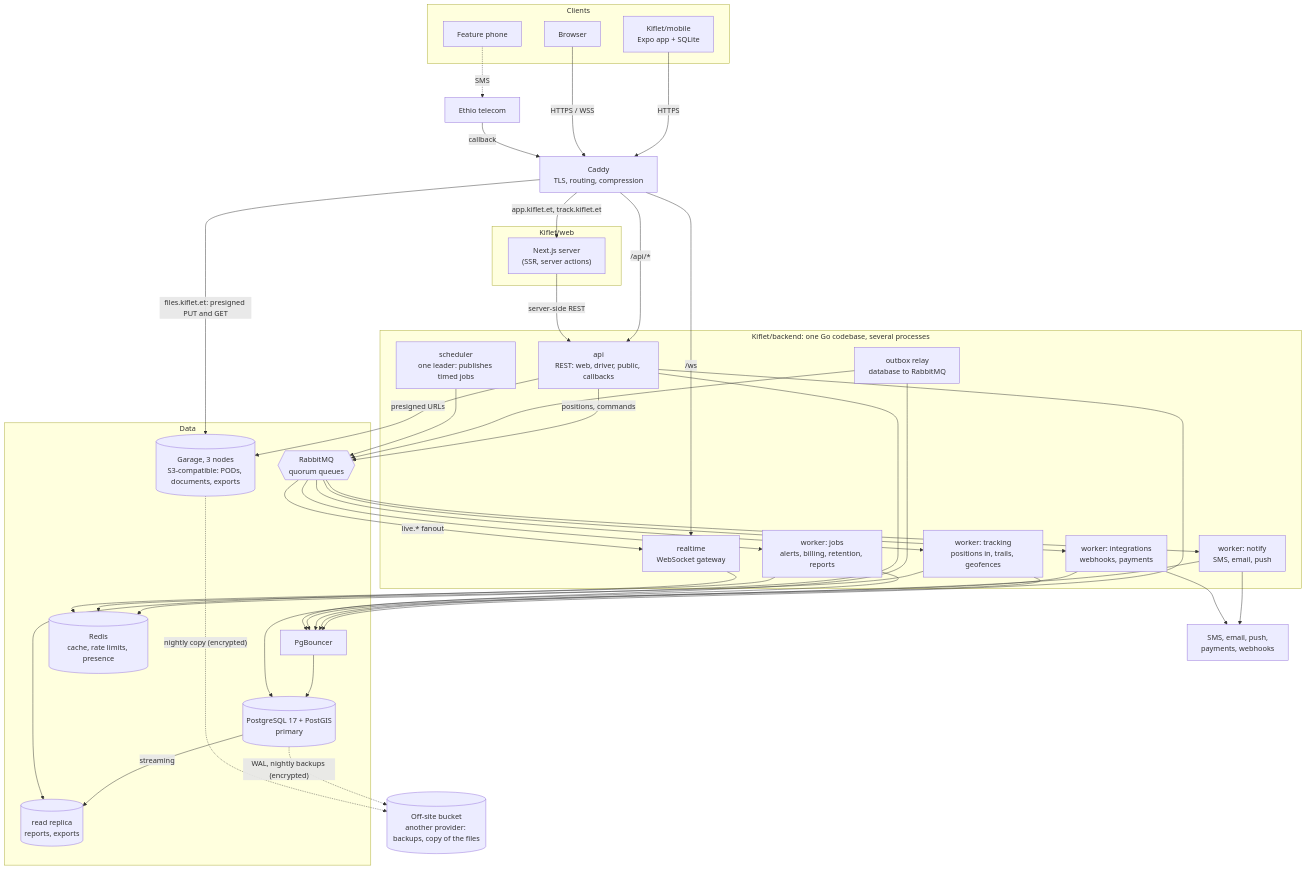
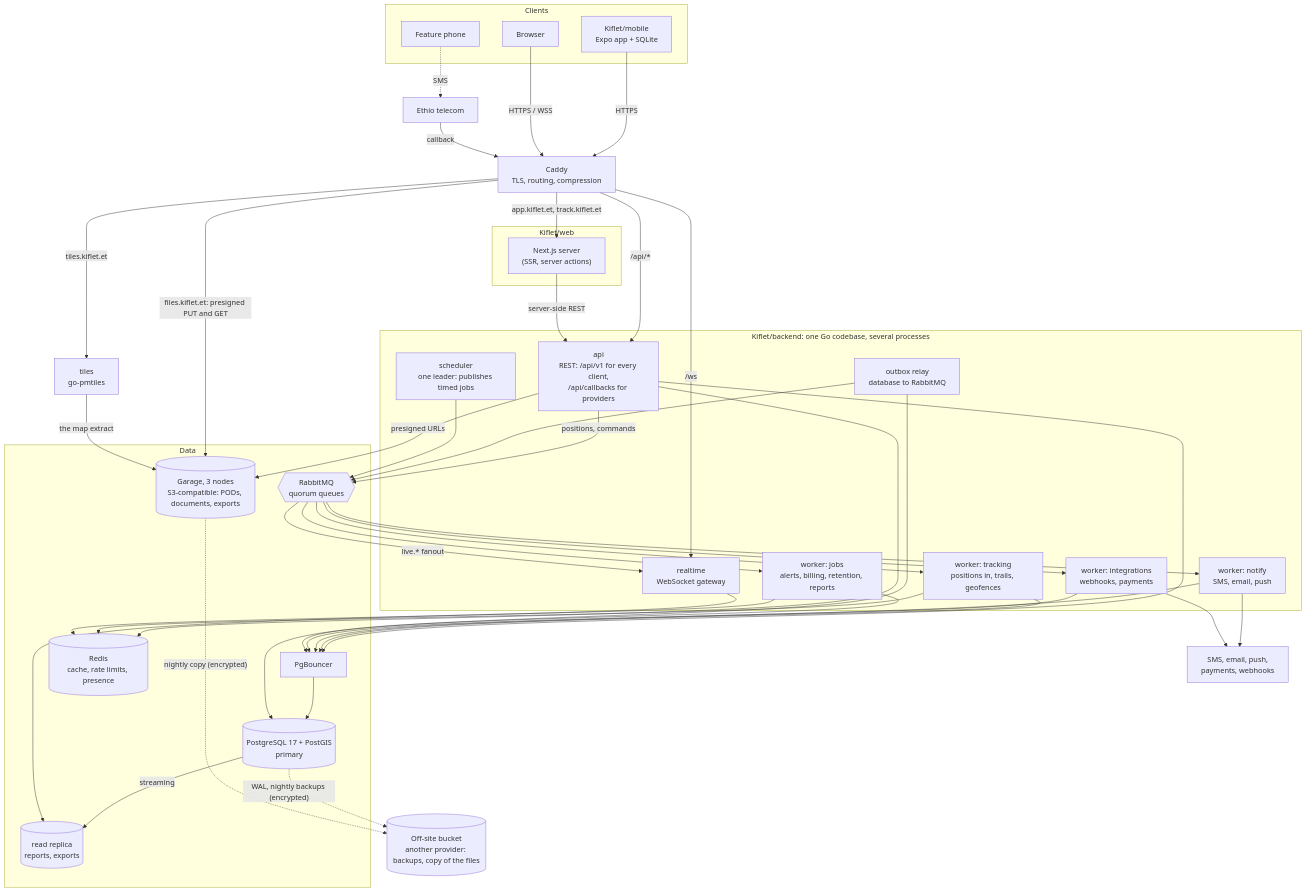
Before and after one commit to Kiflet/backend: the second of 11 diagrams in docs/architecture.md, drawn with Mermaid. The commit also changed other lines of this file and 19 other files, not shown here.

````diff
--- a/docs/architecture.md
+++ b/docs/architecture.md
@@ -116,65 +119,67 @@
 ```mermaid
 flowchart TB
   subgraph Clients
     MOB["Kiflet/mobile<br/>Expo app + SQLite"]
     BRW["Browser"]
     FP["Feature phone"]
   end
 
   EDGE["Caddy<br/>TLS, routing, compression"]
 
   subgraph WebTier["Kiflet/web"]
     NX["Next.js server<br/>(SSR, server actions)"]
   end
 
   subgraph Backend["Kiflet/backend: one Go codebase, several processes"]
-    API["api<br/>REST: web, driver, public, callbacks"]
+    API["api<br/>REST: /api/v1 for every client,<br/>/api/callbacks for providers"]
     RT["realtime<br/>WebSocket gateway"]
     WK1["worker: tracking<br/>positions in, trails, geofences"]
     WK2["worker: notify<br/>SMS, email, push"]
     WK3["worker: integrations<br/>webhooks, payments"]
     WK4["worker: jobs<br/>alerts, billing, retention, reports"]
     SCH["scheduler<br/>one leader: publishes timed jobs"]
     REL["outbox relay<br/>database to RabbitMQ"]
   end
 
   subgraph Data
     PGB["PgBouncer"]
     PG[("PostgreSQL 17 + PostGIS<br/>primary")]
     PGR[("read replica<br/>reports, exports")]
     RMQ{{"RabbitMQ<br/>quorum queues"}}
     RDS[("Redis<br/>cache, rate limits, presence")]
     S3[("Garage, 3 nodes<br/>S3-compatible: PODs, documents, exports")]
   end
 
   OFF[("Off-site bucket<br/>another provider: backups, copy of the files")]
 
   MOB -- HTTPS --> EDGE
   BRW -- HTTPS / WSS --> EDGE
   FP -. SMS .-> ETG["Ethio telecom"] -- callback --> EDGE
 
   EDGE -- "app.kiflet.et, track.kiflet.et" --> NX
   EDGE -- "/api/*" --> API
   EDGE -- "/ws" --> RT
   EDGE -- "files.kiflet.et: presigned PUT and GET" --> S3
+  EDGE -- "tiles.kiflet.et" --> TIL["tiles<br/>go-pmtiles"]
+  TIL -- "the map extract" --> S3
   NX -- "server-side REST" --> API
 
   API --> PGB --> PG
   API --> RDS
   API -- "positions, commands" --> RMQ
   API -- "presigned URLs" --> S3
   PG -- "streaming" --> PGR
   PG -. "WAL, nightly backups (encrypted)" .-> OFF
   S3 -. "nightly copy (encrypted)" .-> OFF
 
   REL --> PG
   REL --> RMQ
   RMQ --> WK1 & WK2 & WK3 & WK4
   RMQ -- "live.* fanout" --> RT
   SCH --> RMQ
   WK1 & WK2 & WK3 & WK4 --> PGB
   WK1 --> RDS
   WK4 --> PGR
   WK2 & WK3 --> OUT["SMS, email, push,<br/>payments, webhooks"]
   RT --> RDS
 ```
````
